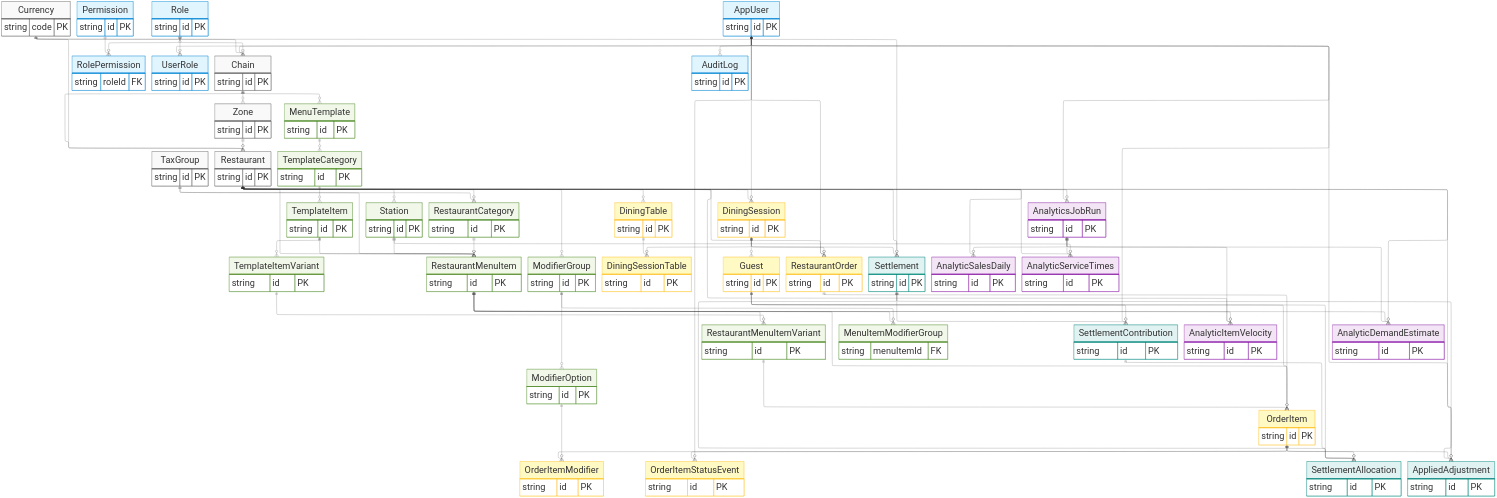
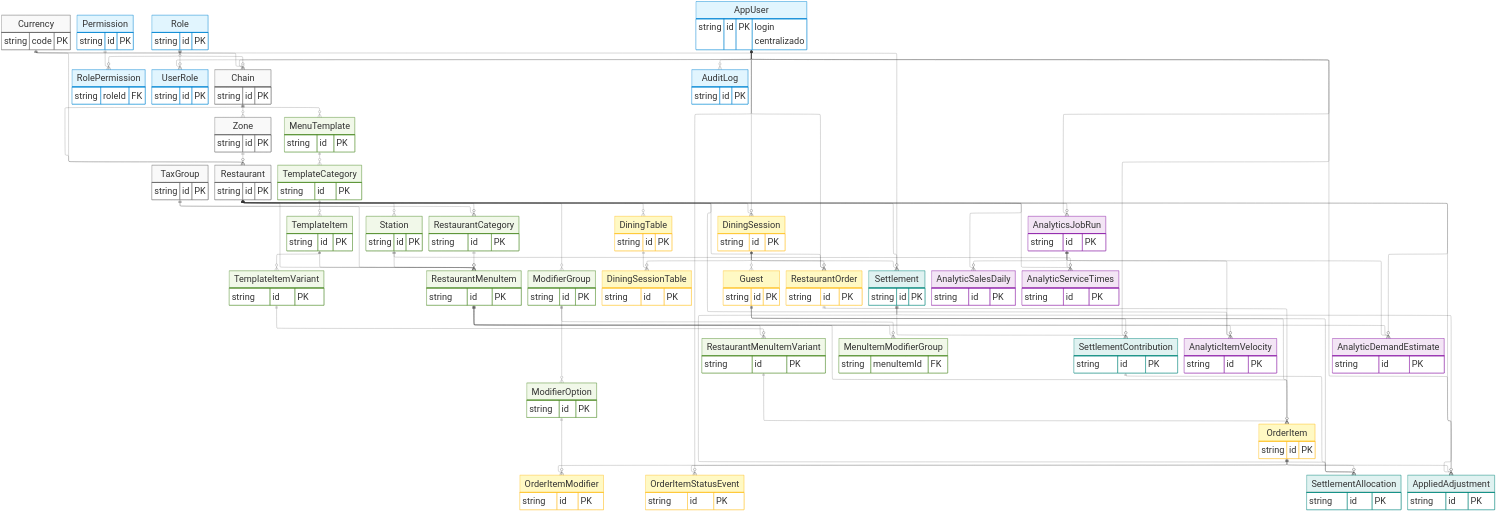
The diagram in docs/_assets/erd/DB-simple.mmd (dvillagrans/Bouquet), drawn with Mermaid before and after one commit. The commit also changed 20 other files, not shown here.

Commit message:
feat: implement centralized authentication with AppUser, RBAC, and audit logging to replace legacy staff/admin schemas

```diff
--- a/docs/_assets/erd/DB-simple.mmd
+++ b/docs/_assets/erd/DB-simple.mmd
@@ -1,174 +1,175 @@
 ---
 config:
   layout: elk
   themeVariables:
     fontSize: '48px'
     fontFamily: 'arial'
   elk:
     mergeEdges: true
     nodePlacementStrategy: BRANDES_KOEPF
 ---
 erDiagram
 
     %% ── CATÁLOGOS ──
     Currency        { string code PK }
     TaxGroup        { string id PK }
 
     %% ── RBAC ──
     Permission      { string id PK }
     Role            { string id PK }
     RolePermission  { string roleId FK }
-    AppUser         { string id PK }
+    AppUser         { string id PK "login centralizado" }
     UserRole        { string id PK }
 
     %% ── ORGANIZACIÓN ──
     Chain           { string id PK }
     Zone            { string id PK }
     Restaurant      { string id PK }
     AuditLog        { string id PK }
 
     %% ── MENÚ TEMPLATE ──
     MenuTemplate        { string id PK }
     TemplateCategory    { string id PK }
     TemplateItem        { string id PK }
     TemplateItemVariant { string id PK }
 
     %% ── MENÚ LOCAL ──
     Station                  { string id PK }
     RestaurantCategory       { string id PK }
     RestaurantMenuItem       { string id PK }
     RestaurantMenuItemVariant{ string id PK }
     ModifierGroup            { string id PK }
     ModifierOption           { string id PK }
     MenuItemModifierGroup    { string menuItemId FK }
 
     %% ── OPERACIÓN ──
     DiningTable        { string id PK }
     DiningSession      { string id PK }
     DiningSessionTable { string id PK }
     Guest              { string id PK }
 
     %% ── ÓRDENES ──
     RestaurantOrder      { string id PK }
     OrderItem            { string id PK }
     OrderItemModifier    { string id PK }
     OrderItemStatusEvent { string id PK }
 
     %% ── LIQUIDACIÓN ──
     Settlement          { string id PK }
     SettlementAllocation{ string id PK }
     SettlementContribution{ string id PK }
     AppliedAdjustment   { string id PK }
 
     %% ── ANALYTICS ──
     AnalyticsJobRun     { string id PK }
     AnalyticSalesDaily  { string id PK }
     AnalyticItemVelocity{ string id PK }
     AnalyticServiceTimes{ string id PK }
     AnalyticDemandEstimate{ string id PK }
 
+    %% Login Centralizado: AppUser (email + passwordHash) es el único punto de auth.
     %% ── RELACIONES ──
 
     Currency ||--o{ Chain              : " "
     Currency ||--o{ Restaurant         : " "
     Currency ||--o{ Settlement         : " "
 
     TaxGroup ||--o{ RestaurantCategory : " "
     TaxGroup ||--o{ RestaurantMenuItem : " "
 
     Permission ||--o{ RolePermission   : " "
     Role       ||--o{ RolePermission   : " "
     Role       }o--o| Chain            : " "
     Role       ||--o{ UserRole         : " "
     AppUser    ||--o{ UserRole         : " "
 
     AppUser ||--o{ Chain               : " "
     AppUser ||--o{ AuditLog            : " "
     AppUser ||--o{ DiningSession       : " "
     AppUser ||--o{ RestaurantOrder     : " "
     AppUser ||--o{ SettlementContribution: " "
     AppUser ||--o{ AppliedAdjustment   : " "
     AppUser ||--o{ AnalyticsJobRun     : " "
     AppUser ||--o{ OrderItemStatusEvent: " "
 
     Chain      ||--o{ Zone             : " "
     Chain      ||--o{ Restaurant       : " "
     Chain      ||--o{ MenuTemplate     : " "
     Zone       ||--o{ Restaurant       : " "
 
     Restaurant ||--o{ Station              : " "
     Restaurant ||--o{ RestaurantCategory   : " "
     Restaurant ||--o{ RestaurantMenuItem   : " "
     Restaurant ||--o{ ModifierGroup        : " "
     Restaurant ||--o{ DiningTable          : " "
     Restaurant ||--o{ DiningSession        : " "
     Restaurant ||--o{ RestaurantOrder      : " "
     Restaurant ||--o{ Settlement           : " "
     Restaurant ||--o{ AppliedAdjustment    : " "
     Restaurant ||--o{ AnalyticsJobRun      : " "
     Restaurant ||--o{ AnalyticSalesDaily   : " "
     Restaurant ||--o{ AnalyticItemVelocity  : " "
     Restaurant ||--o{ AnalyticServiceTimes  : " "
     Restaurant ||--o{ AnalyticDemandEstimate : " "
 
     MenuTemplate     ||--o{ TemplateCategory     : " "
     TemplateCategory ||--o{ TemplateItem         : " "
     TemplateItem     ||--o{ TemplateItemVariant   : " "
     TemplateItem     ||--o{ RestaurantMenuItem    : " "
     TemplateItemVariant ||--o{ RestaurantMenuItemVariant : " "
 
     RestaurantCategory    ||--o{ RestaurantMenuItem       : " "
     Station               ||--o{ RestaurantMenuItem       : " "
     RestaurantMenuItem    ||--o{ RestaurantMenuItemVariant: " "
     RestaurantMenuItem    ||--o{ MenuItemModifierGroup    : " "
     RestaurantMenuItem    ||--o{ OrderItem                : " "
     RestaurantMenuItemVariant ||--o{ OrderItem            : " "
 
     ModifierGroup  ||--o{ ModifierOption         : " "
     ModifierGroup  ||--o{ MenuItemModifierGroup  : " "
     ModifierOption ||--o{ OrderItemModifier      : " "
 
     DiningTable   ||--o{ DiningSessionTable : " "
     DiningSession ||--o{ DiningSessionTable : " "
     DiningSession ||--o{ Guest              : " "
     DiningSession ||--o{ RestaurantOrder    : " "
     DiningSession ||--o{ Settlement         : " "
 
     Guest ||--o{ OrderItem            : " "
     Guest ||--o{ SettlementAllocation : " "
     Guest ||--o{ SettlementContribution: " "
 
     RestaurantOrder ||--o{ OrderItem            : " "
     OrderItem       ||--o{ OrderItemModifier    : " "
     OrderItem       ||--o{ OrderItemStatusEvent : " "
     OrderItem       ||--o{ SettlementAllocation : " "
     OrderItem       ||--o{ AppliedAdjustment    : " "
 
     Settlement      ||--o{ SettlementAllocation : " "
     Settlement      ||--o{ SettlementContribution: " "
     Settlement      ||--o{ AppliedAdjustment    : " "
     SettlementContribution ||--o{ SettlementAllocation: " "
 
     AnalyticsJobRun ||--o{ AnalyticSalesDaily : " "
     AnalyticsJobRun ||--o{ AnalyticItemVelocity : " "
     AnalyticsJobRun ||--o{ AnalyticServiceTimes : " "
     AnalyticsJobRun ||--o{ AnalyticDemandEstimate : " "
 
     RestaurantMenuItem ||--o{ AnalyticItemVelocity : " "
     RestaurantMenuItem ||--o{ AnalyticDemandEstimate : " "
     Station ||--o{ AnalyticServiceTimes : " "
 
     %% Color Coding by Module
     classDef organization fill:#f9f9f9,stroke:#666,stroke-width:1px
     classDef identity fill:#e1f5fe,stroke:#0288d1,stroke-width:1px
     classDef catalog fill:#f1f8e9,stroke:#558b2f,stroke-width:1px
     classDef operations fill:#fff9c4,stroke:#fbc02d,stroke-width:1px
     classDef settlement fill:#e0f2f1,stroke:#00897b,stroke-width:1px
     classDef analytics fill:#f3e5f5,stroke:#8e24aa,stroke-width:1px
 
     class Currency, TaxGroup, Chain, Zone, Restaurant organization
     class Permission, Role, RolePermission, AppUser, UserRole, AuditLog identity
     class Station, MenuTemplate, TemplateCategory, TemplateItem, TemplateItemVariant, RestaurantCategory, RestaurantMenuItem, RestaurantMenuItemVariant, ModifierGroup, ModifierOption, MenuItemModifierGroup catalog
     class DiningTable, DiningSession, DiningSessionTable, Guest, RestaurantOrder, OrderItem, OrderItemModifier, OrderItemStatusEvent operations
     class Settlement, SettlementAllocation, SettlementContribution, AppliedAdjustment settlement
     class AnalyticsJobRun, AnalyticSalesDaily, AnalyticItemVelocity, AnalyticServiceTimes, AnalyticDemandEstimate analytics
```
